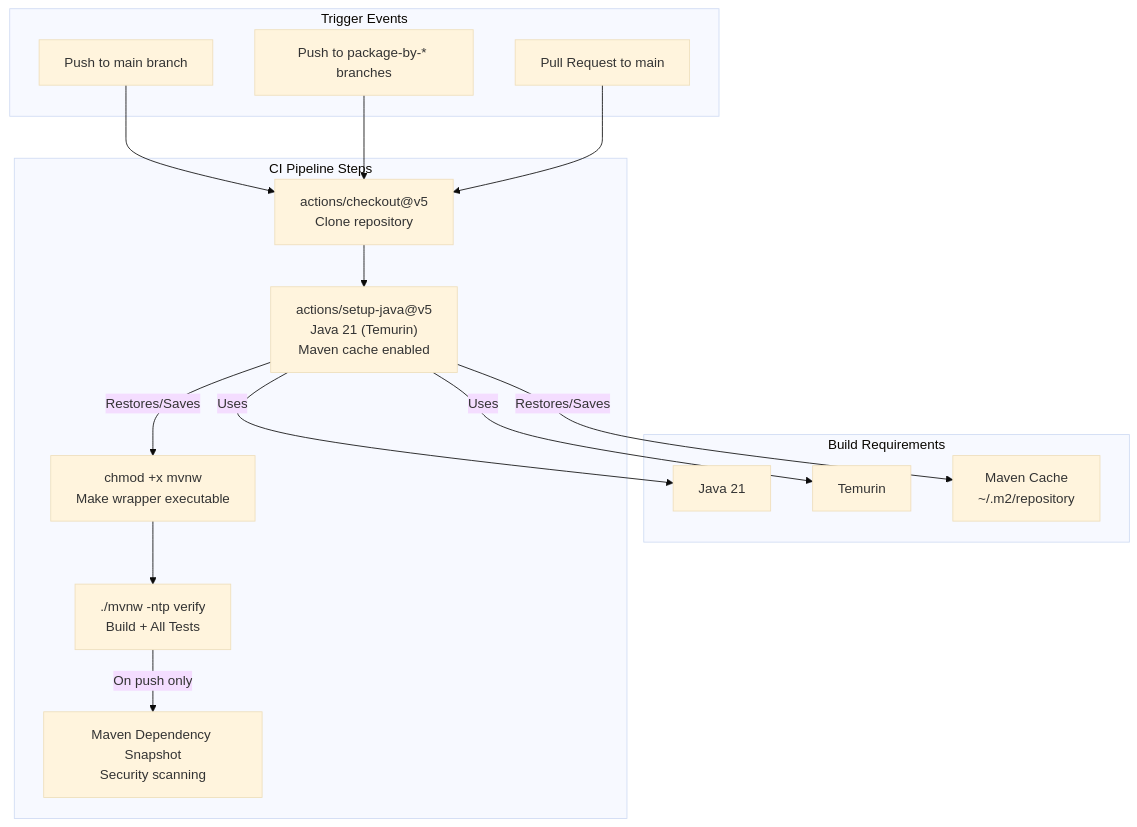
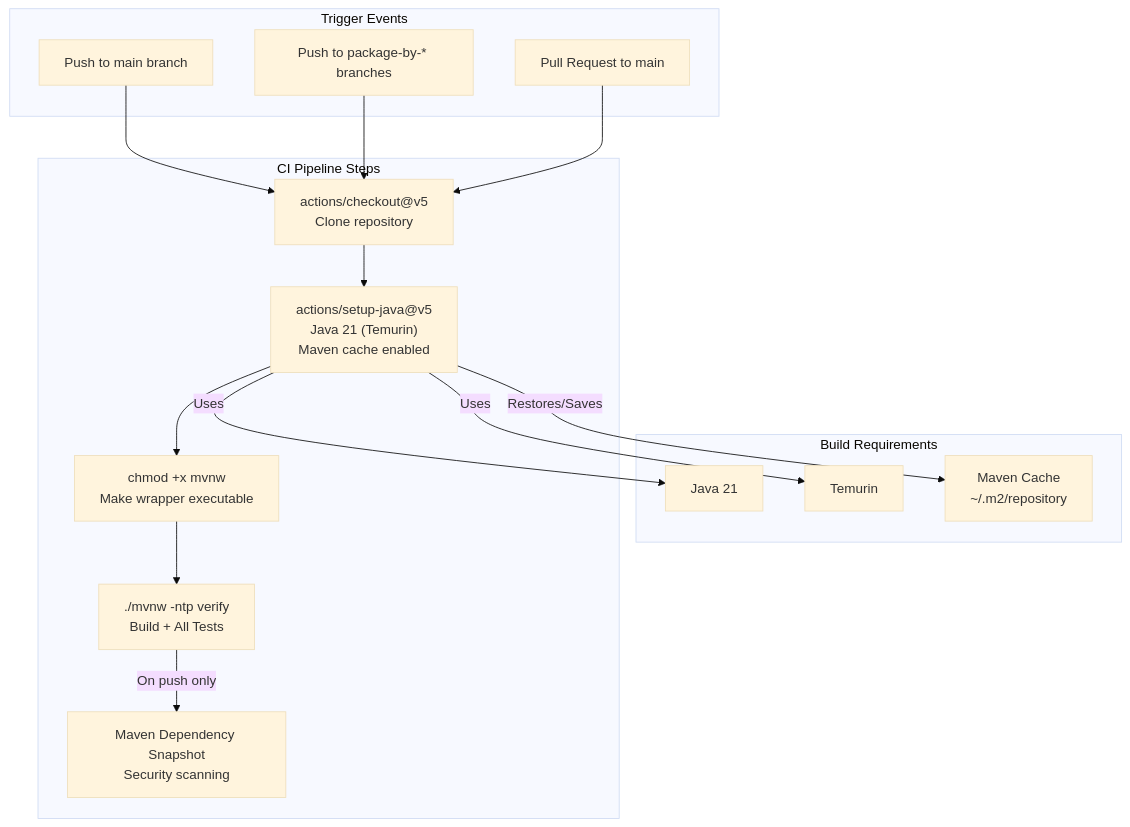
Before and after one commit to philipz/spring-modular-monolith: the fourth of 4 diagrams in docs/deepwiki/Building-and-Testing.md, drawn with Mermaid (base theme). The commit also changed other lines of this file and 32 other files, not shown here.

````diff
--- a/docs/deepwiki/Building-and-Testing.md
+++ b/docs/deepwiki/Building-and-Testing.md
@@ -335,46 +335,46 @@
 ```mermaid
 flowchart TD
 
 PushMain["Push to main branch"]
 PushFeature["Push to package-by-* branches"]
 PullRequest["Pull Request to main"]
 Checkout["actions/checkout@v5<br>Clone repository"]
 SetupJava["actions/setup-java@v5<br>Java 21 (Temurin)<br>Maven cache enabled"]
 MakeExecutable["chmod +x mvnw<br>Make wrapper executable"]
 Build["./mvnw -ntp verify<br>Build + All Tests"]
 DepSubmit["Maven Dependency Snapshot<br>Security scanning"]
 JavaVersion["Java 21"]
 Distribution["Temurin"]
 Cache["Maven Cache<br>~/.m2/repository"]
 
 PushMain --> Checkout
 PushFeature --> Checkout
 PullRequest --> Checkout
 SetupJava -->|"Uses"| JavaVersion
 SetupJava -->|"Uses"| Distribution
 SetupJava -->|"Restores/Saves"| Cache
 
 subgraph subGraph2 ["Build Requirements"]
     JavaVersion
     Distribution
     Cache
 end
 
 subgraph subGraph1 ["CI Pipeline Steps"]
     Checkout
     SetupJava
     MakeExecutable
     Build
     DepSubmit
     Checkout --> SetupJava
-    SetupJava -->|"Restores/Saves"| MakeExecutable
+    SetupJava --> MakeExecutable
     MakeExecutable --> Build
     Build -->|"On push only"| DepSubmit
 end
 
 subgraph subGraph0 ["Trigger Events"]
     PushMain
     PushFeature
     PullRequest
 end
 ```
````
